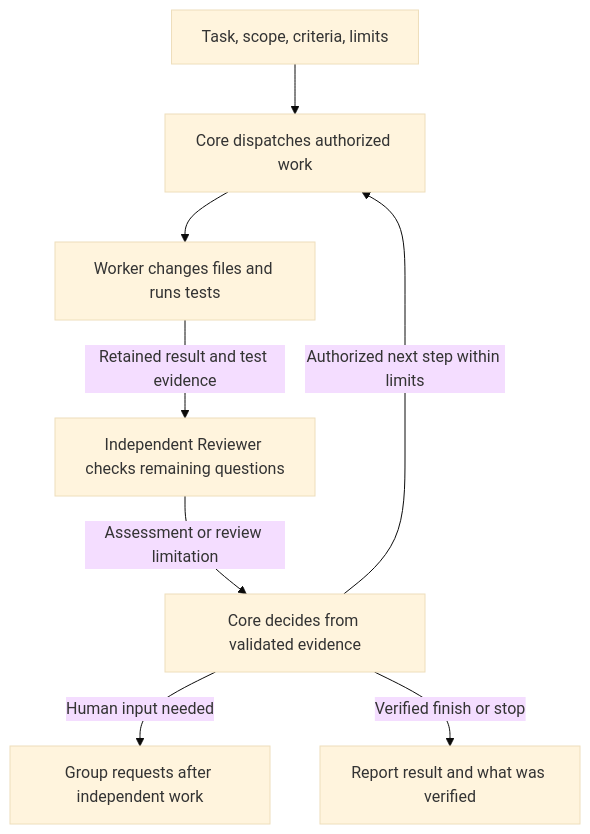
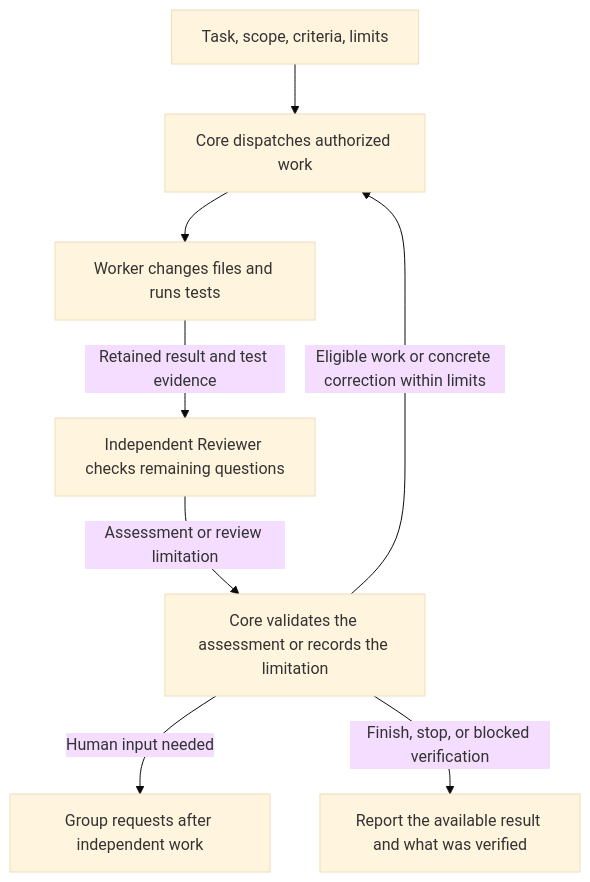
One commit to SzpakLabs/pi-ping-pong changed the diagram in README.md. Above: the diagram before and after it, drawn with Mermaid (base theme). The commit also changed 9 other files, not shown here.

````diff
--- a/README.md
+++ b/README.md
@@ -7,10 +7,10 @@
 ```mermaid
 flowchart TD
     Task["Task, scope, criteria, limits"] --> Core["Core dispatches authorized work"]
     Core --> Worker["Worker changes files and runs tests"]
     Worker -->|Retained result and test evidence| Review["Independent Reviewer checks remaining questions"]
-    Review -->|Assessment or review limitation| Decision["Core decides from validated evidence"]
-    Decision -->|Authorized next step within limits| Core
+    Review -->|Assessment or review limitation| Decision["Core validates the assessment or records the limitation"]
+    Decision -->|Eligible work or concrete correction within limits| Core
     Decision -->|Human input needed| Wait["Group requests after independent work"]
-    Decision -->|Verified finish or stop| Report["Report result and what was verified"]
+    Decision -->|Finish, stop, or blocked verification| Report["Report the available result and what was verified"]
 ```
````
